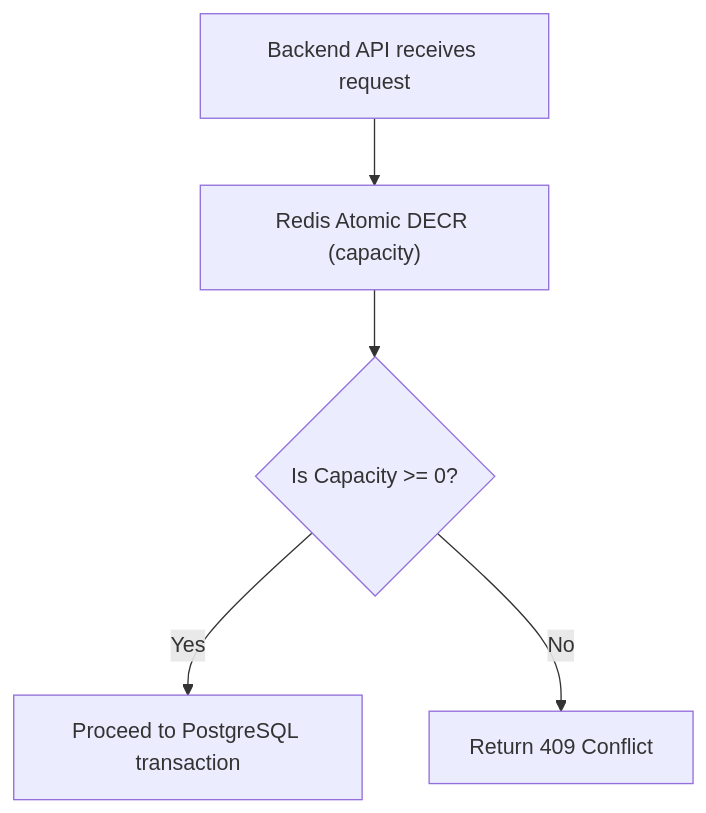
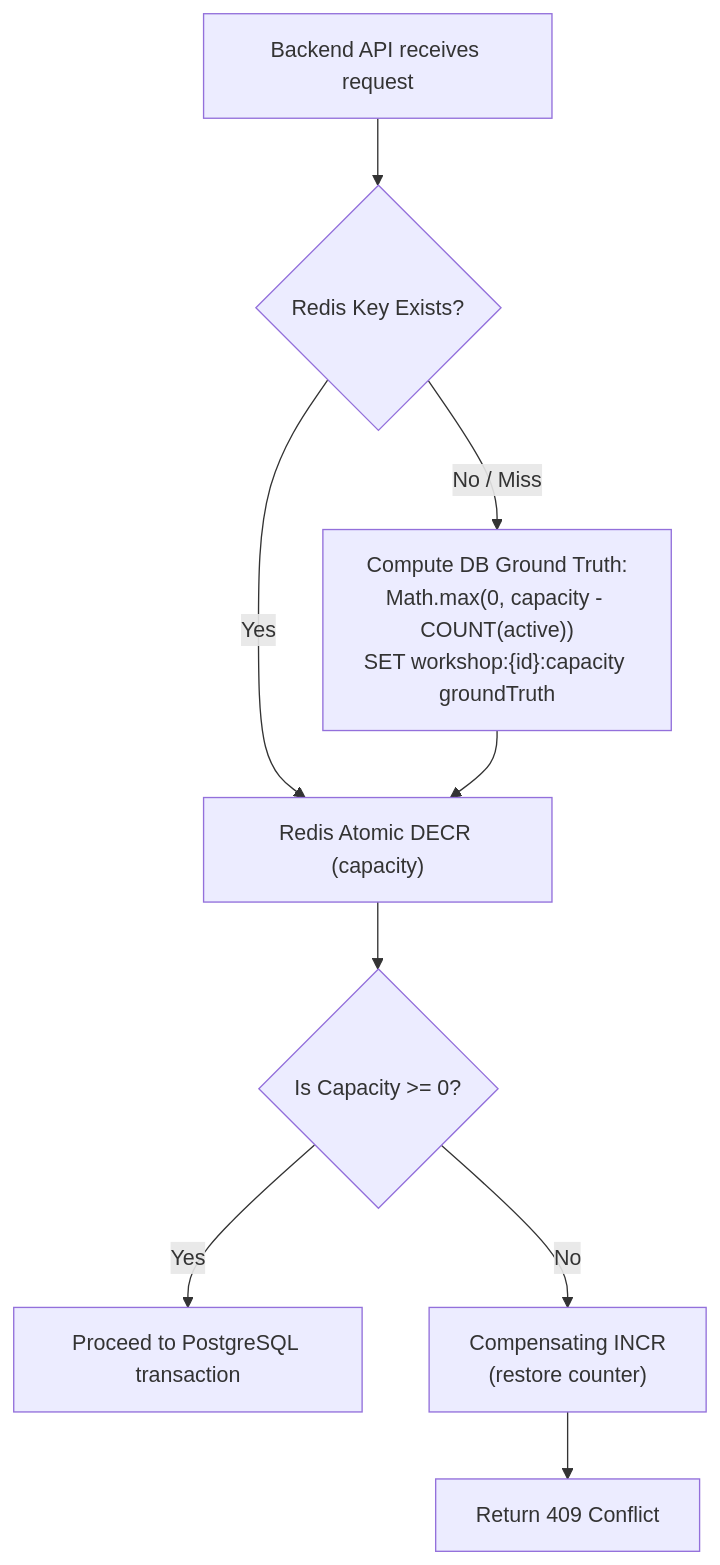
One commit to phatnguyen975/unihub-workshop changed diagram 12 of 14 in docs/system-design.md. Above: the diagram before and after it, drawn with Mermaid. The commit also changed other lines of this file and 25 other files, not shown here.

````diff
--- a/docs/system-design.md
+++ b/docs/system-design.md
@@ -1200,7 +1246,10 @@
 ```mermaid
 flowchart TD
-  API[Backend API receives request] --> Decr["Redis Atomic DECR (capacity)"]
+  API[Backend API receives request] --> CheckCache{"Redis Key Exists?"}
+  CheckCache -->|No / Miss| Reinit["Compute DB Ground Truth:\nMath.max(0, capacity - COUNT(active))\nSET workshop:{id}:capacity groundTruth"]
+  CheckCache -->|Yes| Decr["Redis Atomic DECR (capacity)"]
+  Reinit --> Decr
   Decr --> Decision{"Is Capacity >= 0?"}
   Decision -->|Yes| DB[Proceed to PostgreSQL transaction]
-  Decision -->|No| Conflict[Return 409 Conflict]
+  Decision -->|No| Incr["Compensating INCR\n(restore counter)"] --> Conflict[Return 409 Conflict]
 ```
````
